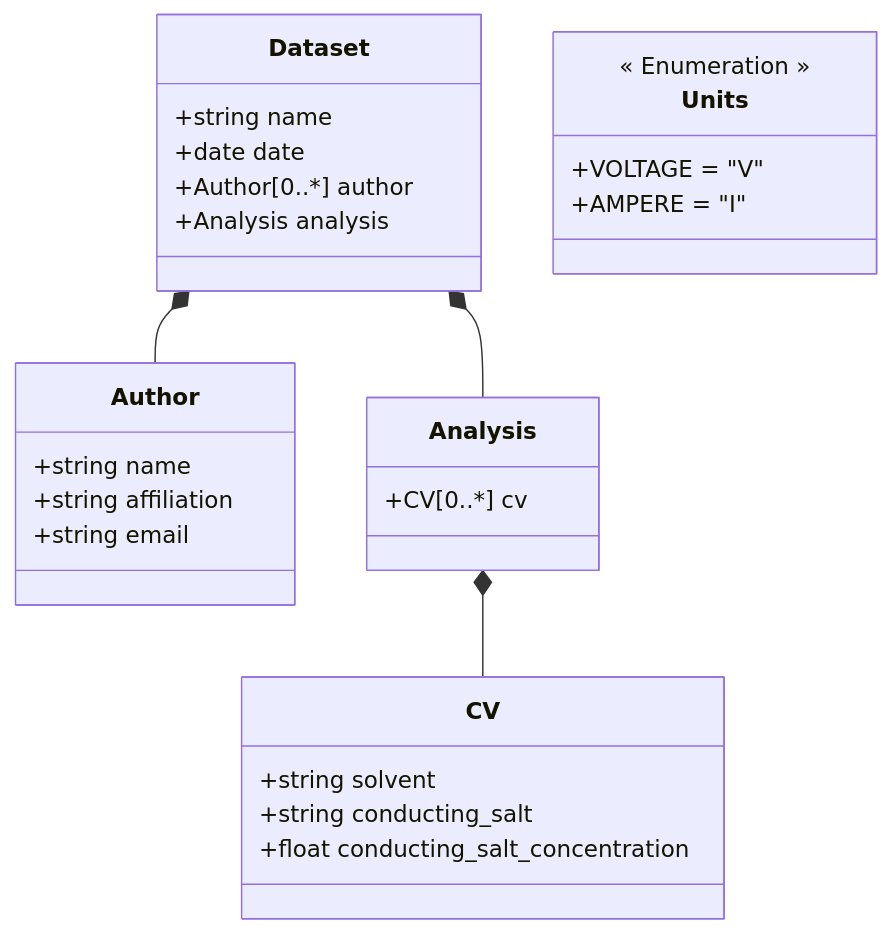
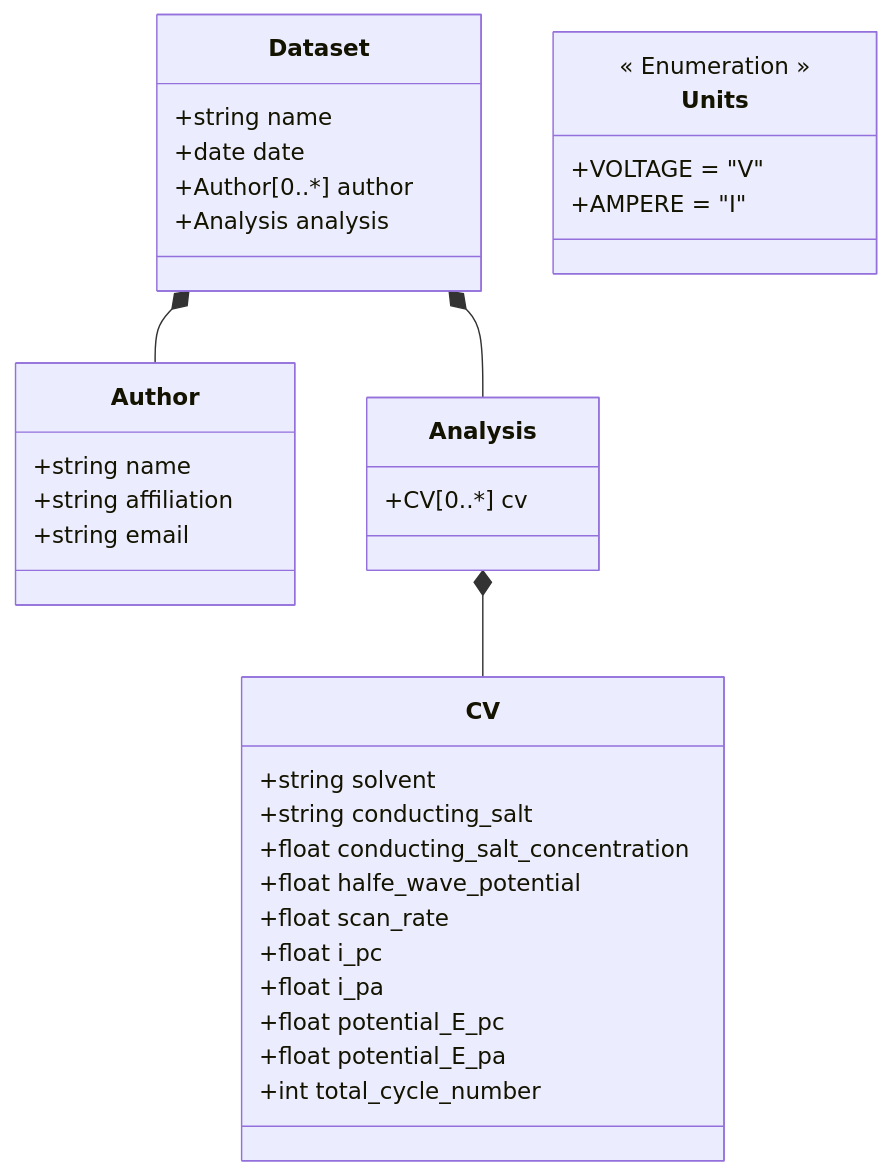
The diagram in ElectrochemistryDataModel/schemes/Datamodel for Electrochemistry.md (FAIRChemistry/datamodel-electrochemistry), drawn with Mermaid before and after one commit. The commit also changed 5 other files, not shown here.

````diff
--- a/ElectrochemistryDataModel/schemes/Datamodel for Electrochemistry.md
+++ b/ElectrochemistryDataModel/schemes/Datamodel for Electrochemistry.md
@@ -1,36 +1,43 @@
 ```mermaid
 classDiagram
     Dataset *-- Author
     Dataset *-- Analysis
     Analysis *-- CV
     
     class Dataset {
         +string name
         +date date
         +Author[0..*] author
         +Analysis analysis
     }
     
     class Analysis {
         +CV[0..*] cv
     }
     
     class CV {
         +string solvent
         +string conducting_salt
         +float conducting_salt_concentration
+        +float halfe_wave_potential
+        +float scan_rate
+        +float i_pc
+        +float i_pa
+        +float potential_E_pc
+        +float potential_E_pa
+        +int total_cycle_number
     }
     
     class Author {
         +string name
         +string affiliation
         +string email
     }
     
     class Units {
         << Enumeration >>
         +VOLTAGE = "V"
         +AMPERE = "I"
     }
     
 ```
````
